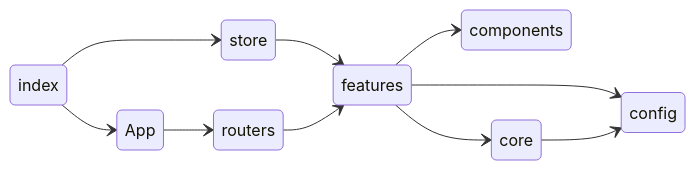
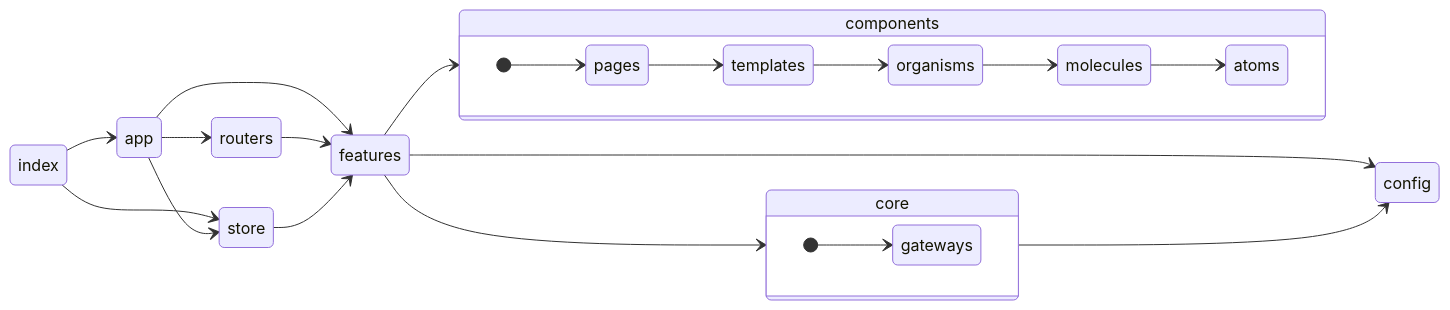
Before and after one commit to yamagame/react-typescript-starter-app: the diagram in README.md, drawn with Mermaid. The commit also changed 1 other file, not shown here.

Commit message:
README更新

````diff
--- a/README.md
+++ b/README.md
@@ -9,13 +9,28 @@
 ```mermaid
 stateDiagram
   direction LR
-  index --> App
+  index --> app
   index --> store
-  App --> routers
+  app --> routers
+  app --> store
+  app --> features
+  routers --> features
   store --> features
-  routers --> features
+  state components {
+    direction LR
+    [*] --> pages
+    pages --> templates
+    templates --> organisms
+    organisms --> molecules
+    molecules --> atoms
+  }
   features --> components
   features --> core
+  state core {
+    direction LR
+    [*] --> gateways
+    gateways
+  }
   features --> config
   core --> config
 ```
````
